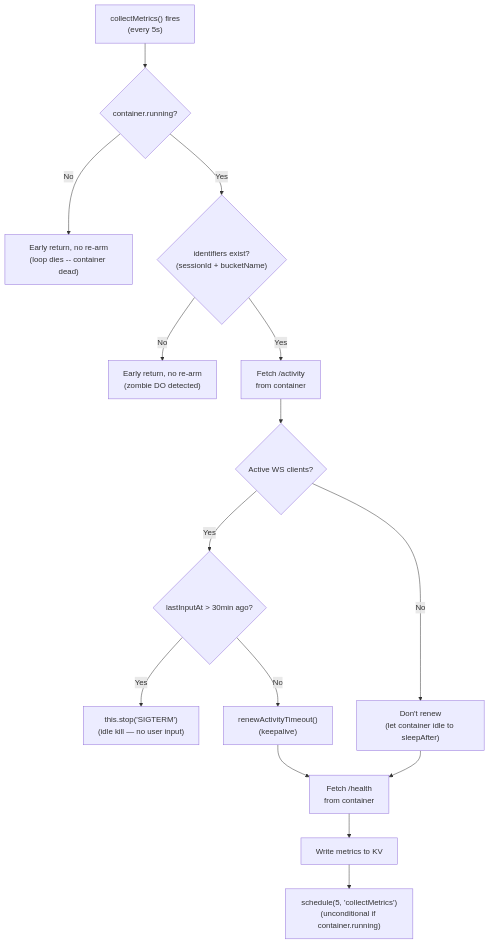
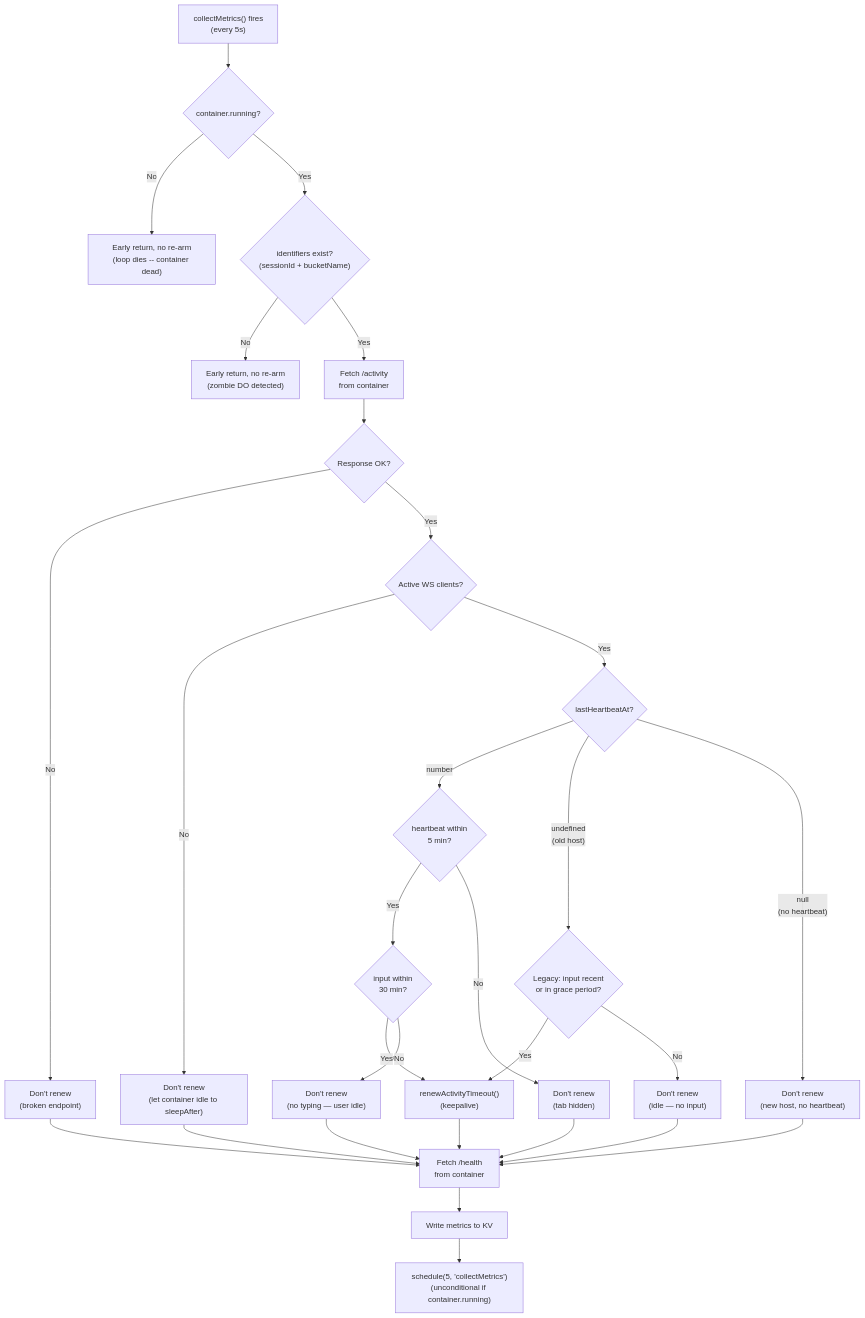
The second of 14 diagrams in TECHNICAL.md (sawyelin1011/codeflare), drawn with Mermaid before and after one commit. The commit also changed other lines of this file and 11 other files, not shown here.

First line of the commit message:
Visibility heartbeat idle detection (#115)

````diff
--- a/TECHNICAL.md
+++ b/TECHNICAL.md
@@ -124,17 +129,31 @@
 ```mermaid
 flowchart TD
     CM["collectMetrics() fires<br/>(every 5s)"] --> CRunning{"container.running?"}
     CRunning -->|No| Exit1["Early return, no re-arm<br/>(loop dies -- container dead)"]
     CRunning -->|Yes| IDs{"identifiers exist?<br/>(sessionId + bucketName)"}
     IDs -->|No| Exit2["Early return, no re-arm<br/>(zombie DO detected)"]
     IDs -->|Yes| FetchAct["Fetch /activity<br/>from container"]
-    FetchAct --> WSClients{"Active WS clients?"}
-    WSClients -->|Yes| InputCheck{"lastInputAt > 30min ago?"}
-    InputCheck -->|Yes| IdleKill["this.stop('SIGTERM')<br/>(idle kill — no user input)"]
-    InputCheck -->|No| Renew["renewActivityTimeout()<br/>(keepalive)"]
+    FetchAct --> ActOK{"Response OK?"}
+    ActOK -->|No| NoRenewErr["Don't renew<br/>(broken endpoint)"]
+    ActOK -->|Yes| WSClients{"Active WS clients?"}
     WSClients -->|No| NoRenew["Don't renew<br/>(let container idle to sleepAfter)"]
+    WSClients -->|Yes| HBCheck{"lastHeartbeatAt?"}
+    HBCheck -->|"number"| HBRecent{"heartbeat within<br/>5 min?"}
+    HBRecent -->|Yes| InputCheck{"input within<br/>30 min?"}
+    InputCheck -->|Yes| Renew["renewActivityTimeout()<br/>(keepalive)"]
+    InputCheck -->|No| NoRenewInput["Don't renew<br/>(no typing — user idle)"]
+    HBRecent -->|No| NoRenewStale["Don't renew<br/>(tab hidden)"]
+    HBCheck -->|"undefined<br/>(old host)"| LegacyInput{"Legacy: input recent<br/>or in grace period?"}
+    LegacyInput -->|Yes| Renew
+    LegacyInput -->|No| NoRenewLegacy["Don't renew<br/>(idle — no input)"]
+    HBCheck -->|"null<br/>(no heartbeat)"| NoRenewNull["Don't renew<br/>(new host, no heartbeat)"]
     Renew --> FetchHealth["Fetch /health<br/>from container"]
     NoRenew --> FetchHealth
+    NoRenewErr --> FetchHealth
+    NoRenewStale --> FetchHealth
+    NoRenewInput --> FetchHealth
+    NoRenewLegacy --> FetchHealth
+    NoRenewNull --> FetchHealth
     FetchHealth --> WriteKV["Write metrics to KV"]
     WriteKV --> ReArm["schedule(5, 'collectMetrics')<br/>(unconditional if container.running)"]
 ```
````
